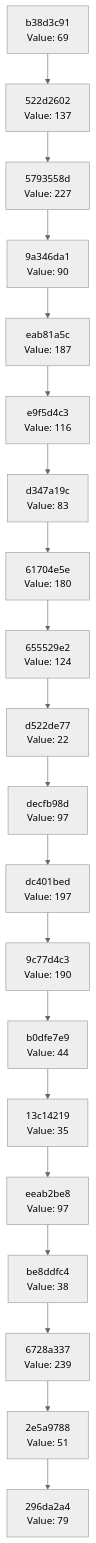
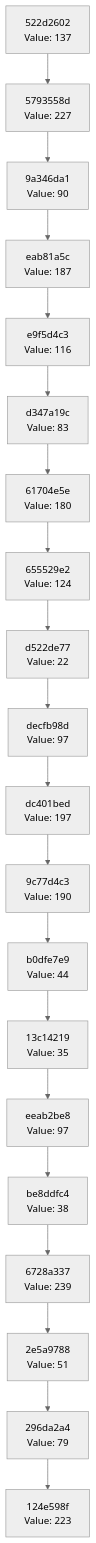
One commit to Abhisheksinha1506/hash-chain-evolver changed the diagram in docs/CHAIN_VISUALIZATION.md. Above: the diagram before and after it, drawn with Mermaid (neutral theme). The commit also changed 1 other file, not shown here.

Commit message:
Evolution step: hash 0xDF → action executed

````diff
--- a/docs/CHAIN_VISUALIZATION.md
+++ b/docs/CHAIN_VISUALIZATION.md
@@ -3,42 +3,42 @@
 ```mermaid
 graph TD
-    C0["296da2a4<br/>Value: 79"]
-    C1["2e5a9788<br/>Value: 51"]
+    C0["124e598f<br/>Value: 223"]
+    C1["296da2a4<br/>Value: 79"]
     C1 --> C0
-    C2["6728a337<br/>Value: 239"]
+    C2["2e5a9788<br/>Value: 51"]
     C2 --> C1
-    C3["be8ddfc4<br/>Value: 38"]
+    C3["6728a337<br/>Value: 239"]
     C3 --> C2
-    C4["eeab2be8<br/>Value: 97"]
+    C4["be8ddfc4<br/>Value: 38"]
     C4 --> C3
-    C5["13c14219<br/>Value: 35"]
+    C5["eeab2be8<br/>Value: 97"]
     C5 --> C4
-    C6["b0dfe7e9<br/>Value: 44"]
+    C6["13c14219<br/>Value: 35"]
     C6 --> C5
-    C7["9c77d4c3<br/>Value: 190"]
+    C7["b0dfe7e9<br/>Value: 44"]
     C7 --> C6
-    C8["dc401bed<br/>Value: 197"]
+    C8["9c77d4c3<br/>Value: 190"]
     C8 --> C7
-    C9["decfb98d<br/>Value: 97"]
+    C9["dc401bed<br/>Value: 197"]
     C9 --> C8
-    C10["d522de77<br/>Value: 22"]
+    C10["decfb98d<br/>Value: 97"]
     C10 --> C9
-    C11["655529e2<br/>Value: 124"]
+    C11["d522de77<br/>Value: 22"]
     C11 --> C10
-    C12["61704e5e<br/>Value: 180"]
+    C12["655529e2<br/>Value: 124"]
     C12 --> C11
-    C13["d347a19c<br/>Value: 83"]
+    C13["61704e5e<br/>Value: 180"]
     C13 --> C12
-    C14["e9f5d4c3<br/>Value: 116"]
+    C14["d347a19c<br/>Value: 83"]
     C14 --> C13
-    C15["eab81a5c<br/>Value: 187"]
+    C15["e9f5d4c3<br/>Value: 116"]
     C15 --> C14
-    C16["9a346da1<br/>Value: 90"]
+    C16["eab81a5c<br/>Value: 187"]
     C16 --> C15
-    C17["5793558d<br/>Value: 227"]
+    C17["9a346da1<br/>Value: 90"]
     C17 --> C16
-    C18["522d2602<br/>Value: 137"]
+    C18["5793558d<br/>Value: 227"]
     C18 --> C17
-    C19["b38d3c91<br/>Value: 69"]
+    C19["522d2602<br/>Value: 137"]
     C19 --> C18
 ```
````
